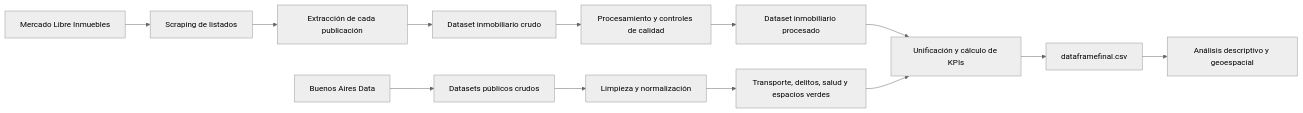
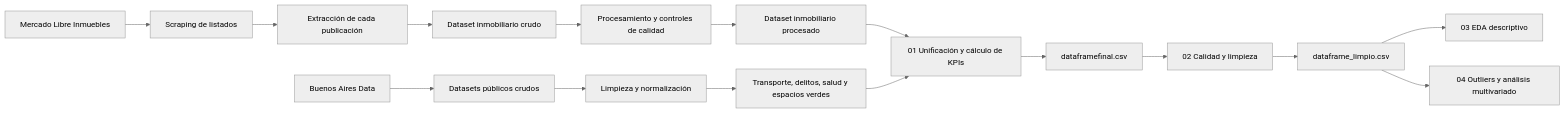
The diagram in README.md (FrancisconiMorel/TP-Analisis-Descriptivo-Inmobiliario-CABA), drawn with Mermaid (neutral theme) before and after one commit. The commit also changed other lines of this file and 8 other files, not shown here.

````diff
--- a/README.md
+++ b/README.md
@@ -36,17 +84,20 @@
 ```mermaid
 flowchart LR
     A[Mercado Libre Inmuebles] --> B[Scraping de listados]
     B --> C[Extracción de cada publicación]
     C --> D[Dataset inmobiliario crudo]
     D --> E[Procesamiento y controles de calidad]
 
     F[Buenos Aires Data] --> G[Datasets públicos crudos]
     G --> H[Limpieza y normalización]
 
     E --> I[Dataset inmobiliario procesado]
     H --> J[Transporte, delitos, salud y espacios verdes]
-    I --> U[Unificación y cálculo de KPIs]
+    I --> U[01 Unificación y cálculo de KPIs]
     J --> U
     U --> V[dataframefinal.csv]
-    V --> K[Análisis descriptivo y geoespacial]
+    V --> Q[02 Calidad y limpieza]
+    Q --> L[dataframe_limpio.csv]
+    L --> K[03 EDA descriptivo]
+    L --> M[04 Outliers y análisis multivariado]
 ```
````
